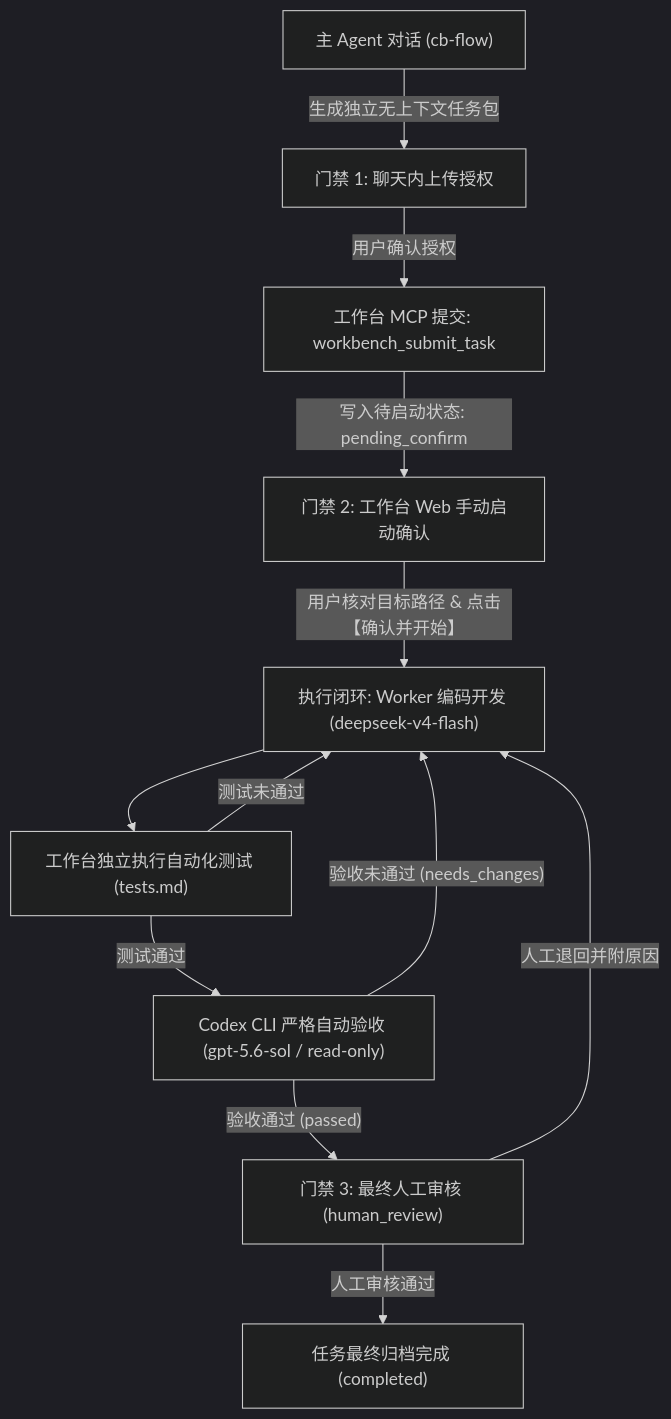
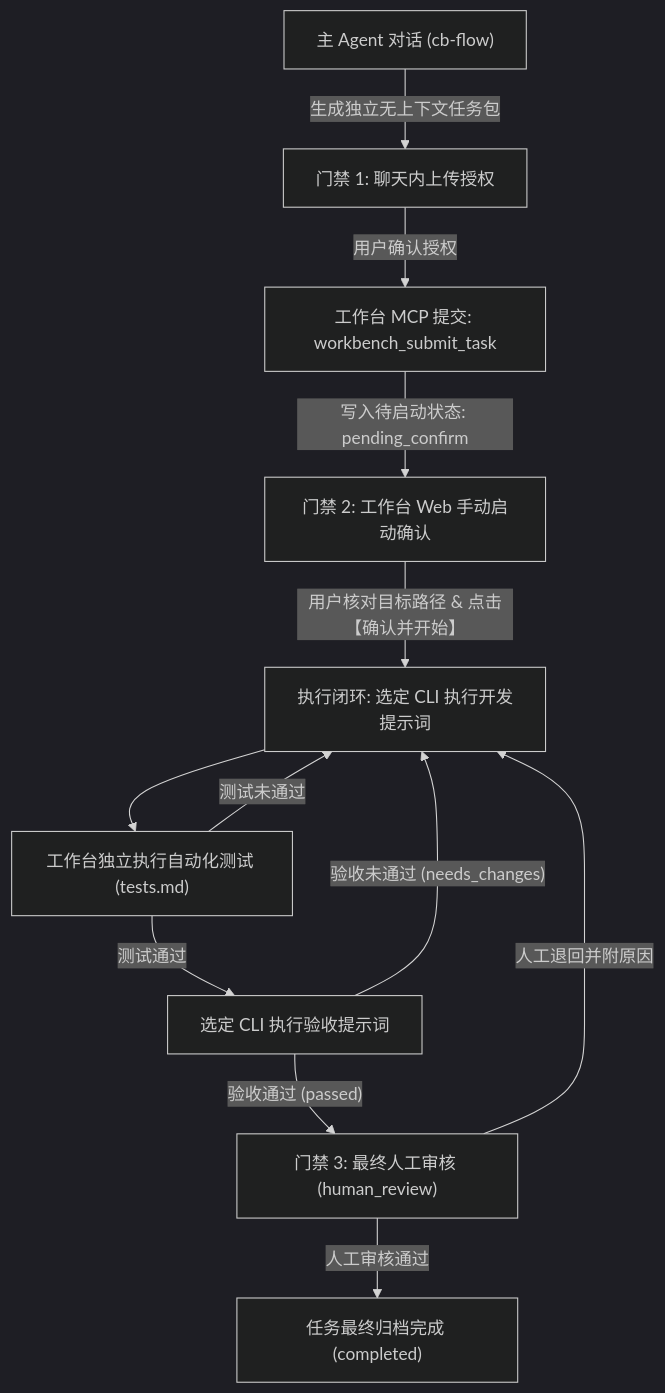
The diagram in README.md (BLuIshCB/CBWorkBench), drawn with Mermaid (dark theme) before and after one commit. The commit also changed other lines of this file and 68 other files, not shown here.

````diff
--- a/README.md
+++ b/README.md
@@ -12,14 +12,14 @@
 ```mermaid
 flowchart TD
     A["主 Agent 对话 (cb-flow)"] -->|"生成独立无上下文任务包"| B["门禁 1: 聊天内上传授权"]
     B -->|"用户确认授权"| C["工作台 MCP 提交: workbench_submit_task"]
     C -->|"写入待启动状态: pending_confirm"| D["门禁 2: 工作台 Web 手动启动确认"]
-    D -->|"用户核对目标路径 & 点击【确认并开始】"| E["执行闭环: Worker 编码开发 (deepseek-v4-flash)"]
+    D -->|"用户核对目标路径 & 点击【确认并开始】"| E["执行闭环: 选定 CLI 执行开发提示词"]
     E --> F["工作台独立执行自动化测试 (tests.md)"]
     F -->|"测试未通过"| E
-    F -->|"测试通过"| G["Codex CLI 严格自动验收 (gpt-5.6-sol / read-only)"]
+    F -->|"测试通过"| G["选定 CLI 执行验收提示词"]
     G -->|"验收未通过 (needs_changes)"| E
     G -->|"验收通过 (passed)"| H["门禁 3: 最终人工审核 (human_review)"]
     H -->|"人工退回并附原因"| E
     H -->|"人工审核通过"| I["任务最终归档完成 (completed)"]
 ```
````
